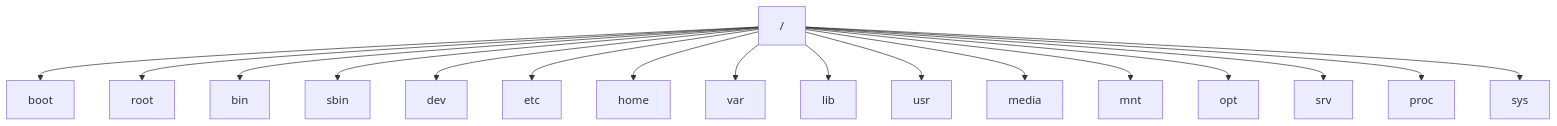
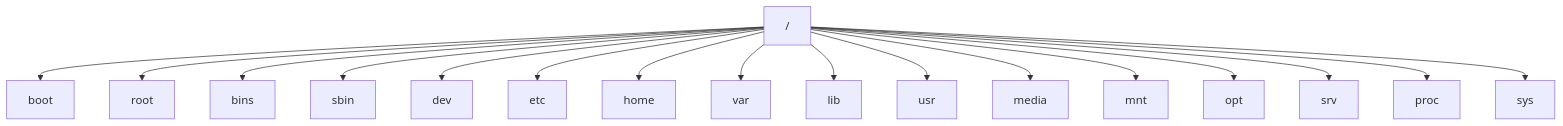
The diagram in dev/dev-tech/linux&shell/linux/Linux-Direcotry.md (zhifenghao123/hao-dev), drawn with Mermaid before and after one commit.

Commit message:
新增Linux目录学习笔记

````diff
--- a/dev/dev-tech/linux&shell/linux/Linux-Direcotry.md
+++ b/dev/dev-tech/linux&shell/linux/Linux-Direcotry.md
@@ -6,19 +6,19 @@
 ```mermaid
 graph TD
 / --> boot
 / --> root
-/ --> bin
+/ --> bins
 / --> sbin
 / --> dev
 / --> etc
 / --> home
 / --> var
 / --> lib
 / --> usr
 / --> media
 / --> mnt
 / --> opt
 / --> srv
 / --> proc
 / --> sys
 ```
````
